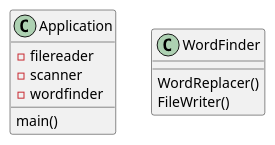
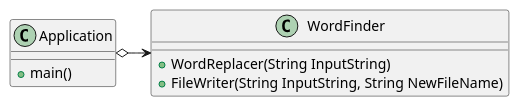
The diagram in src/main/java/oop/assignment3/ex45/exercise45_Diagram.puml (Awesome-wolf-101/ashby-cop3330-assignment3), drawn with PlantUML before and after one commit. The commit also changed 5 other files, not shown here.

```diff
--- a/src/main/java/oop/assignment3/ex45/exercise45_Diagram.puml
+++ b/src/main/java/oop/assignment3/ex45/exercise45_Diagram.puml
@@ -1,21 +1,19 @@
 @startuml
 'https://plantuml.com/sequence-diagram
 
 class Application{
--filereader
--scanner
--wordfinder
-main()
+
++main()
 }
 
 class WordFinder{
 
 
 
-WordReplacer()
-FileWriter()
++ WordReplacer(String InputString)
++FileWriter(String InputString, String NewFileName)
 
 }
 
-
+Application o-> WordFinder
 @enduml
```
